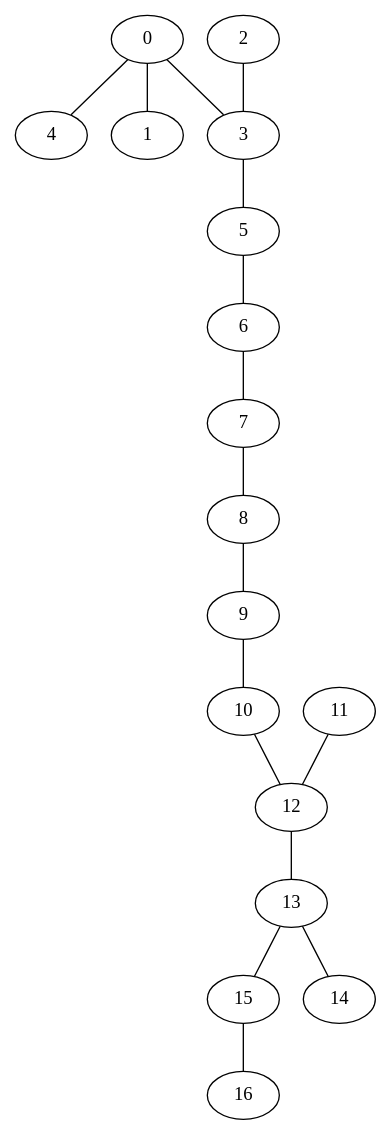
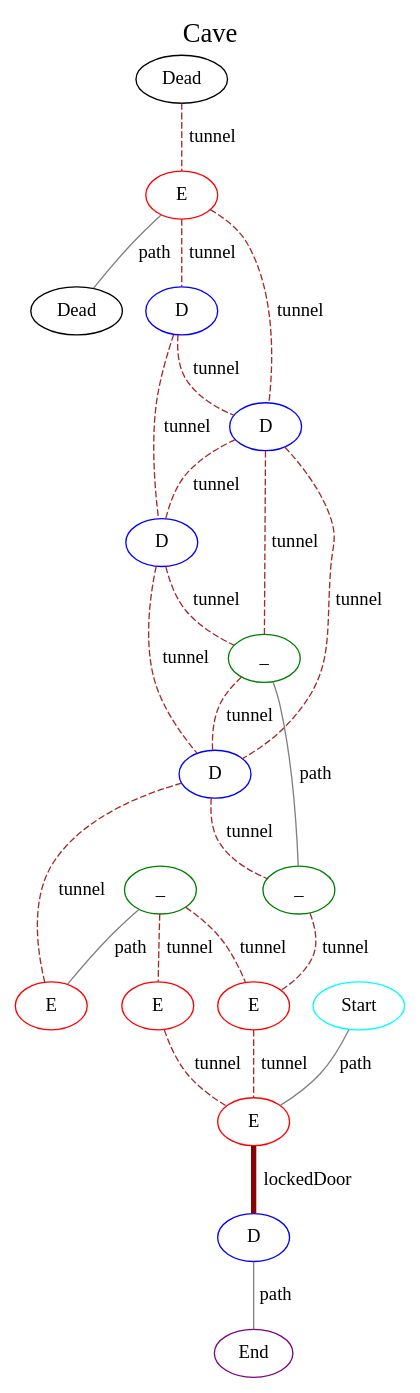
Before and after one commit to kelceydamage/go-rogue: the diagram in graph.dot, drawn with Graphviz. The commit also changed 13 other files, not shown here.

```diff
--- a/graph.dot
+++ b/graph.dot
@@ -1,35 +1,46 @@
 graph G {
-  12 [label="12"];
-  12 -- 13;
-  15 [label="15"];
-  15 -- 16;
-  16 [label="16"];
-  0 [label="0"];
-  0 -- 4;
-  0 -- 3;
-  0 -- 1;
-  2 [label="2"];
-  2 -- 3;
-  6 [label="6"];
-  6 -- 7;
-  9 [label="9"];
-  9 -- 10;
-  10 [label="10"];
-  10 -- 12;
-  14 [label="14"];
-  4 [label="4"];
-  7 [label="7"];
-  7 -- 8;
-  11 [label="11"];
-  11 -- 12;
-  13 [label="13"];
-  13 -- 15;
-  13 -- 14;
-  1 [label="1"];
-  3 [label="3"];
-  3 -- 5;
-  5 [label="5"];
-  5 -- 6;
-  8 [label="8"];
-  8 -- 9;
+  label="Cave";
+  labelloc="t";
+  fontsize="20";
+  12 [label="E", color="red"];
+  13 [label="E", color="red"];
+  1 [label="Dead", color="black"];
+  4 [label="Dead", color="black"];
+  5 [label="D", color="blue"];
+  8 [label="D", color="blue"];
+  9 [label="_", color="green"];
+  15 [label="D", color="blue"];
+  16 [label="End", color="purple"];
+  3 [label="D", color="blue"];
+  7 [label="_", color="green"];
+  14 [label="E", color="red"];
+  0 [label="Start", color="cyan"];
+  2 [label="E", color="red"];
+  11 [label="E", color="red"];
+  6 [label="D", color="blue"];
+  10 [label="_", color="green"];
+  13 -- 14 [label="tunnel", color="brown", style="dashed", penwidth="1"];
+  1 -- 2 [label="tunnel", color="brown", style="dashed", penwidth="1"];
+  5 -- 8 [label="tunnel", color="brown", style="dashed", penwidth="1"];
+  5 -- 7 [label="tunnel", color="brown", style="dashed", penwidth="1"];
+  5 -- 6 [label="tunnel", color="brown", style="dashed", penwidth="1"];
+  8 -- 11 [label="tunnel", color="brown", style="dashed", penwidth="1"];
+  8 -- 9 [label="tunnel", color="brown", style="dashed", penwidth="1"];
+  9 -- 12 [label="tunnel", color="brown", style="dashed", penwidth="1"];
+  15 -- 16 [label="path", color="gray", style="solid", penwidth="1"];
+  3 -- 5 [label="tunnel", color="brown", style="dashed", penwidth="1"];
+  3 -- 6 [label="tunnel", color="brown", style="dashed", penwidth="1"];
+  7 -- 8 [label="tunnel", color="brown", style="dashed", penwidth="1"];
+  7 -- 9 [label="path", color="gray", style="solid", penwidth="1"];
+  14 -- 15 [label="lockedDoor", color="darkred", style="bold", penwidth="4"];
+  0 -- 14 [label="path", color="gray", style="solid", penwidth="1"];
+  2 -- 3 [label="tunnel", color="brown", style="dashed", penwidth="1"];
+  2 -- 4 [label="path", color="gray", style="solid", penwidth="1"];
+  2 -- 5 [label="tunnel", color="brown", style="dashed", penwidth="1"];
+  6 -- 7 [label="tunnel", color="brown", style="dashed", penwidth="1"];
+  6 -- 8 [label="tunnel", color="brown", style="dashed", penwidth="1"];
+  10 -- 13 [label="tunnel", color="brown", style="dashed", penwidth="1"];
+  10 -- 12 [label="tunnel", color="brown", style="dashed", penwidth="1"];
+  10 -- 11 [label="path", color="gray", style="solid", penwidth="1"];
+  12 -- 14 [label="tunnel", color="brown", style="dashed", penwidth="1"];
 }
```
